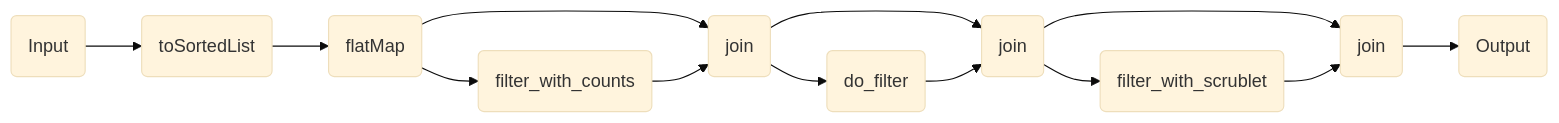
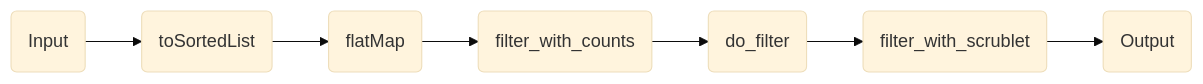
Before and after one commit to openpipelines-bio/website: the diagram in components/workflows/multiomics/rna_singlesample.qmd, drawn with Mermaid (base theme). The commit also changed other lines of this file and 15 other files, not shown here.

````diff
--- a/components/workflows/multiomics/rna_singlesample.qmd
+++ b/components/workflows/multiomics/rna_singlesample.qmd
@@ -114,27 +117,18 @@
 ```{mermaid}
 %%| column: screen-inset-shaded
 flowchart LR
     p0(Input)
     p3(toSortedList)
     p5(flatMap)
-    p15(join)
     p13(filter_with_counts)
-    p25(join)
     p23(do_filter)
-    p36(join)
     p34(filter_with_scrublet)
     p43(Output)
     p0-->p3
     p3-->p5
-    p5-->p15
     p5-->p13
-    p13-->p15
-    p15-->p25
-    p15-->p23
-    p23-->p25
-    p25-->p36
-    p25-->p34
-    p34-->p36
-    p36-->p43
+    p13-->p23
+    p23-->p34
+    p34-->p43
 
 ```
````
